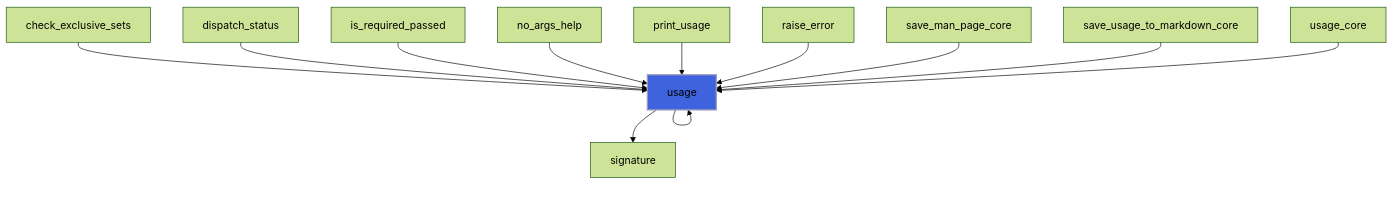
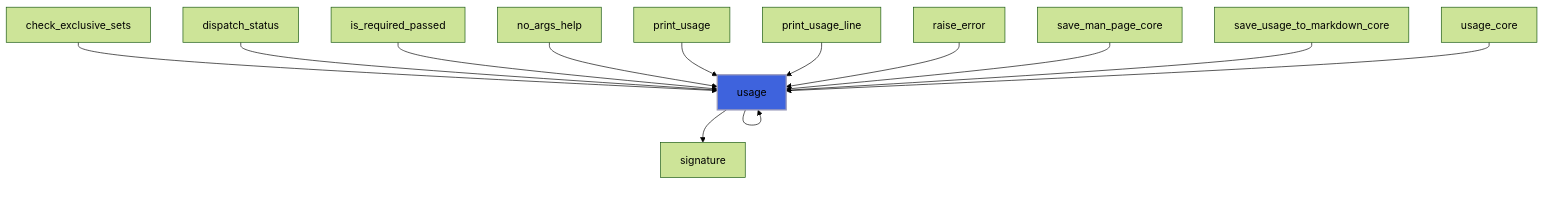
Diagram 35 of 39 in docs/api/src/lib/flap_command_line_arguments_group_t.md (szaghi/FLAP), drawn with Mermaid (forest theme) before and after one commit. The commit also changed other lines of this file and 13 other files, not shown here.

````diff
--- a/docs/api/src/lib/flap_command_line_arguments_group_t.md
+++ b/docs/api/src/lib/flap_command_line_arguments_group_t.md
@@ -1294,16 +1298,17 @@
 ```mermaid
 flowchart TD
   check_exclusive_sets["check_exclusive_sets"] --> usage["usage"]
   dispatch_status["dispatch_status"] --> usage["usage"]
   is_required_passed["is_required_passed"] --> usage["usage"]
   no_args_help["no_args_help"] --> usage["usage"]
   print_usage["print_usage"] --> usage["usage"]
+  print_usage_line["print_usage_line"] --> usage["usage"]
   raise_error["raise_error"] --> usage["usage"]
   save_man_page_core["save_man_page_core"] --> usage["usage"]
   save_usage_to_markdown_core["save_usage_to_markdown_core"] --> usage["usage"]
   usage["usage"] --> usage["usage"]
   usage_core["usage_core"] --> usage["usage"]
   usage["usage"] --> signature["signature"]
   usage["usage"] --> usage["usage"]
   style usage fill:#3e63dd,stroke:#99b,stroke-width:2px
 ```
````
